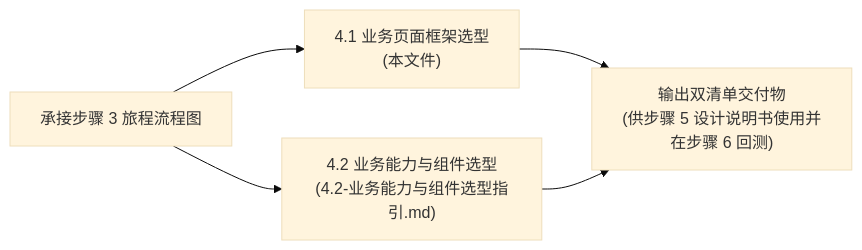
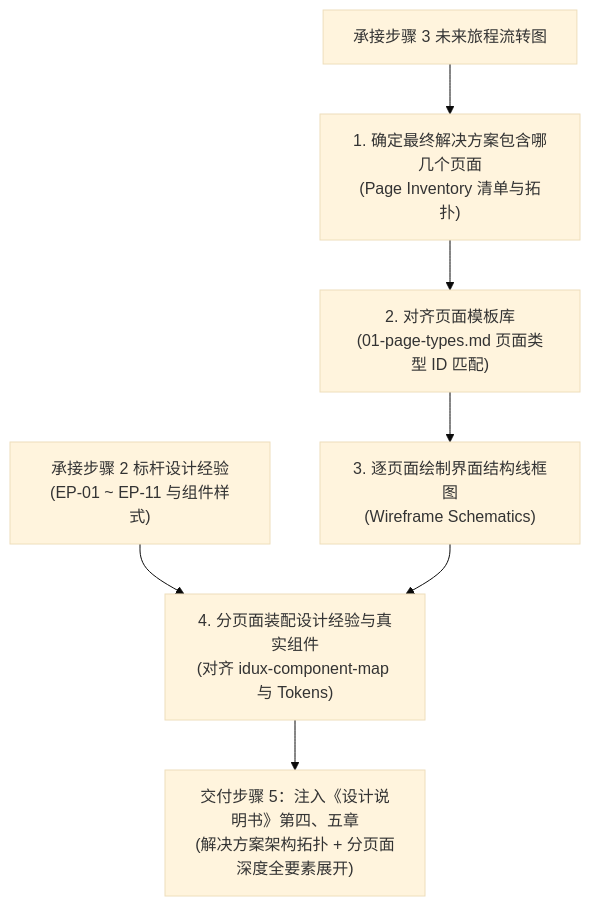
Before and after one commit to wangjue2026/skill-designer-prism: the diagram in 01-system-solution-design/④布局与结构/4.1-业务页面框架选型指引.md, drawn with Mermaid (base theme). The commit also changed other lines of this file and 13 other files, not shown here.

Commit message:
feat(design-spec): 系统化重构设计说明书结构，整合分页面全要素推导与线框图蓝图

````diff
--- a/01-system-solution-design/④布局与结构/4.1-业务页面框架选型指引.md
+++ b/01-system-solution-design/④布局与结构/4.1-业务页面框架选型指引.md
@@ -11,6 +15,11 @@
 ```mermaid
-graph LR
-    Step3["承接步骤 3 旅程流程图"] --> F1["4.1 业务页面框架选型<br>(本文件)"]
-    Step3 --> F2["4.2 业务能力与组件选型<br>(4.2-业务能力与组件选型指引.md)"]
-    F1 & F2 --> Output["输出双清单交付物<br>(供步骤 5 设计说明书使用并在步骤 6 回测)"]
+graph TD
+    Step3["承接步骤 3 未来旅程流转图"] --> S4_1["1. 确定最终解决方案包含哪几个页面<br>(Page Inventory 清单与拓扑)"]
+    S4_1 --> S4_2["2. 对齐页面模板库<br>(01-page-types.md 页面类型 ID 匹配)"]
+    S4_2 --> S4_3["3. 逐页面绘制界面结构线框图<br>(Wireframe Schematics)"]
+    
+    Step2["承接步骤 2 标杆设计经验<br>(EP-01 ~ EP-11 与组件样式)"] --> S4_4["4. 分页面装配设计经验与真实组件<br>(对齐 idux-component-map 与 Tokens)"]
+    S4_3 --> S4_4
+    
+    S4_4 --> Deliverable["交付步骤 5：注入《设计说明书》第四、五章<br>(解决方案架构拓扑 + 分页面深度全要素展开)"]
 ```
````
